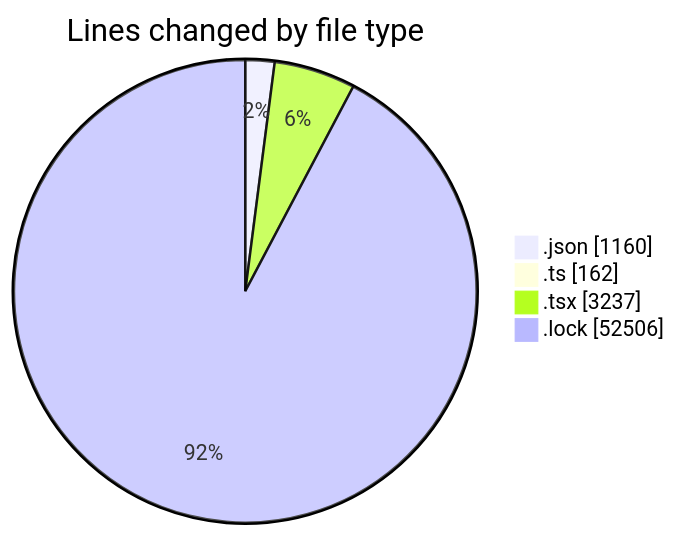
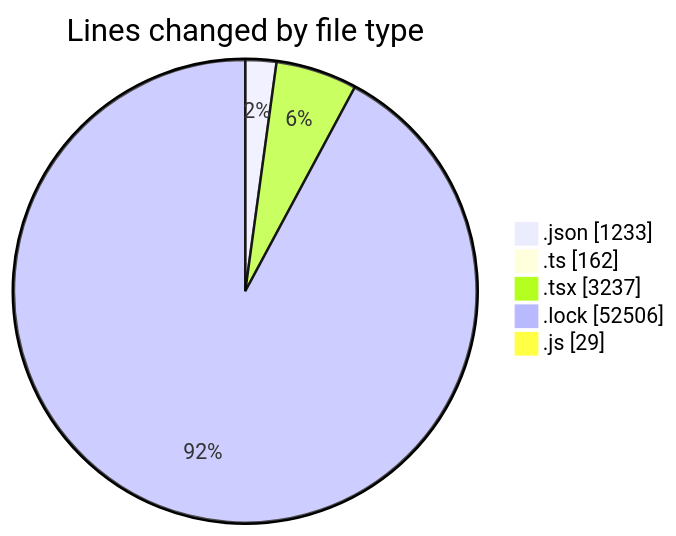
One commit to momahboobian/code-tracking changed the first of 2 diagrams in 2025-05-07/cda/README.md. Above: the diagram before and after it, drawn with Mermaid. The commit also changed other lines of this file and 1 other file, not shown here.

````diff
--- a/2025-05-07/cda/README.md
+++ b/2025-05-07/cda/README.md
@@ -58,8 +60,9 @@
 ```mermaid
 pie showData
 title Lines changed by file type
-".json" : 1160
+".json" : 1233
 ".ts" : 162
 ".tsx" : 3237
 ".lock" : 52506
+".js" : 29
 ```
````
